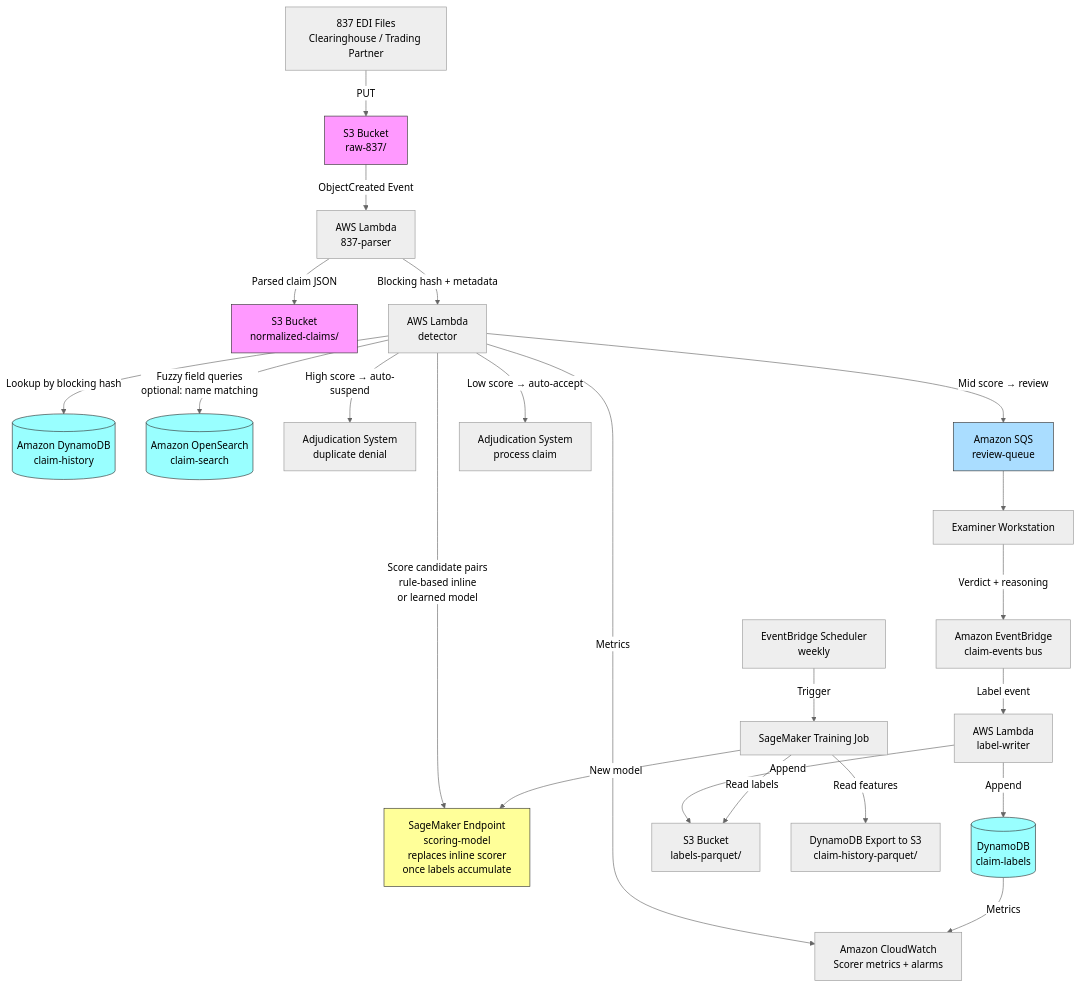
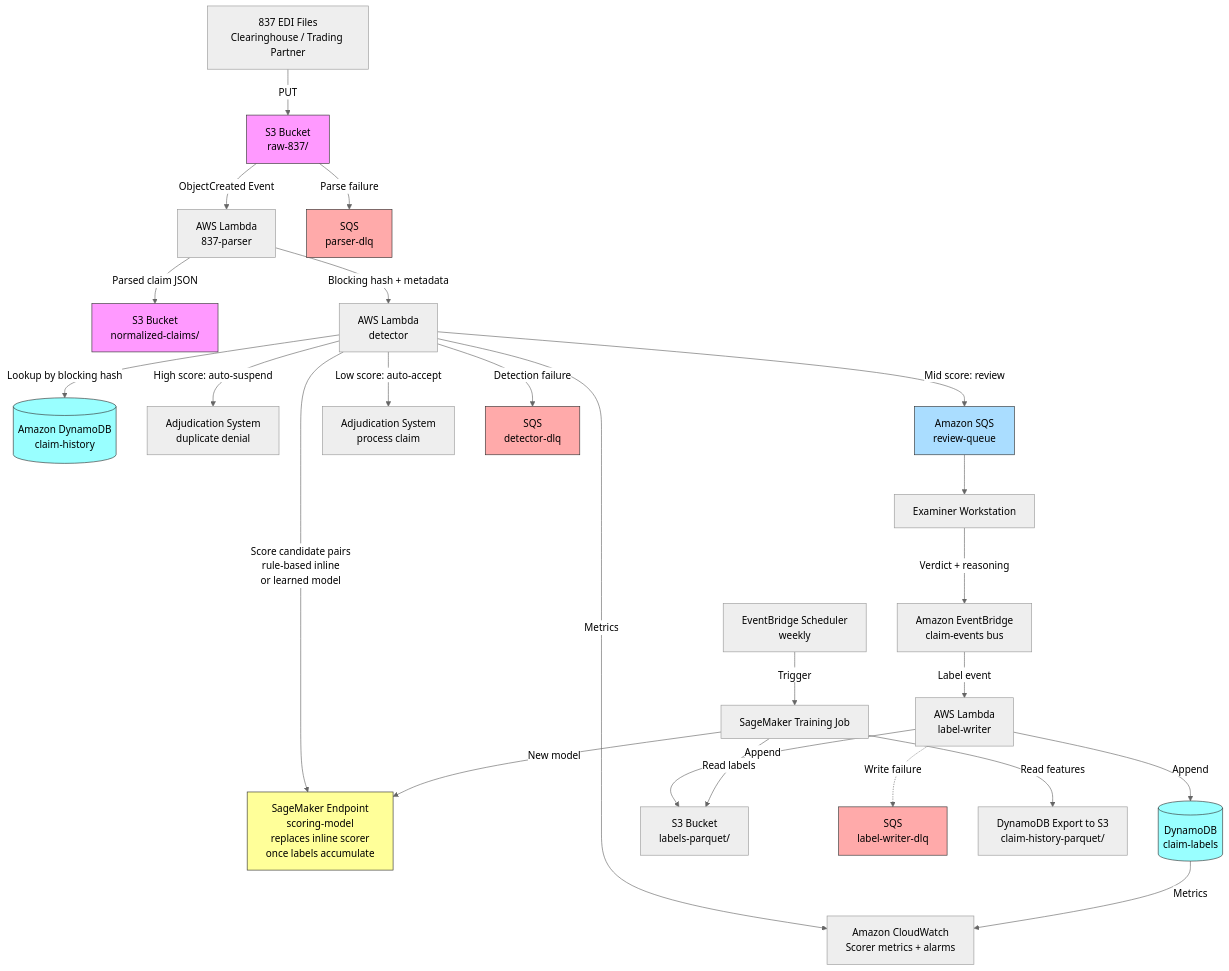
Before and after one commit to ccrngd1/HCLS-ai-book: the diagram in chapter03.01-duplicate-claim-detection.md, drawn with Mermaid (neutral theme). The commit also changed other lines of this file and 3 other files, not shown here.

````diff
--- a/chapter03.01-duplicate-claim-detection.md
+++ b/chapter03.01-duplicate-claim-detection.md
@@ -204,37 +204,42 @@
 ```mermaid
 flowchart TB
     A[837 EDI Files\nClearinghouse / Trading Partner] -->|PUT| B[S3 Bucket\nraw-837/]
     B -->|ObjectCreated Event| C[AWS Lambda\n837-parser]
     C -->|Parsed claim JSON| D[S3 Bucket\nnormalized-claims/]
     C -->|Blocking hash + metadata| E[AWS Lambda\ndetector]
 
     E -->|Lookup by blocking hash| F[(Amazon DynamoDB\nclaim-history)]
-    E -->|Fuzzy field queries\noptional: name matching| G[(Amazon OpenSearch\nclaim-search)]
     E -->|Score candidate pairs\nrule-based inline\nor learned model| H[SageMaker Endpoint\nscoring-model\nreplaces inline scorer\nonce labels accumulate]
 
-    E -->|High score → auto-suspend| I[Adjudication System\nduplicate denial]
-    E -->|Mid score → review| J[Amazon SQS\nreview-queue]
-    E -->|Low score → auto-accept| K[Adjudication System\nprocess claim]
+    E -->|High score: auto-suspend| I[Adjudication System\nduplicate denial]
+    E -->|Mid score: review| J[Amazon SQS\nreview-queue]
+    E -->|Low score: auto-accept| K[Adjudication System\nprocess claim]
+
+    B -->|Parse failure| PDLQ[SQS\nparser-dlq]
+    E -->|Detection failure| DDLQ[SQS\ndetector-dlq]
 
     J --> L[Examiner Workstation]
     L -->|Verdict + reasoning| M[Amazon EventBridge\nclaim-events bus]
     M -->|Label event| N[AWS Lambda\nlabel-writer]
     N -->|Append| O[(DynamoDB\nclaim-labels)]
     N -->|Append| P[S3 Bucket\nlabels-parquet/]
+    N -.->|Write failure| LDLQ[SQS\nlabel-writer-dlq]
 
     Q[EventBridge Scheduler\nweekly] -->|Trigger| R[SageMaker Training Job]
     R -->|Read labels| P
     R -->|Read features| S[DynamoDB Export to S3\nclaim-history-parquet/]
     R -->|New model| H
 
     E -->|Metrics| T[Amazon CloudWatch\nScorer metrics + alarms]
     O -->|Metrics| T
 
     style B fill:#f9f,stroke:#333
     style D fill:#f9f,stroke:#333
     style F fill:#9ff,stroke:#333
-    style G fill:#9ff,stroke:#333
     style O fill:#9ff,stroke:#333
     style H fill:#ff9,stroke:#333
     style J fill:#adf,stroke:#333
+    style PDLQ fill:#faa,stroke:#333
+    style DDLQ fill:#faa,stroke:#333
+    style LDLQ fill:#faa,stroke:#333
 ```
````
